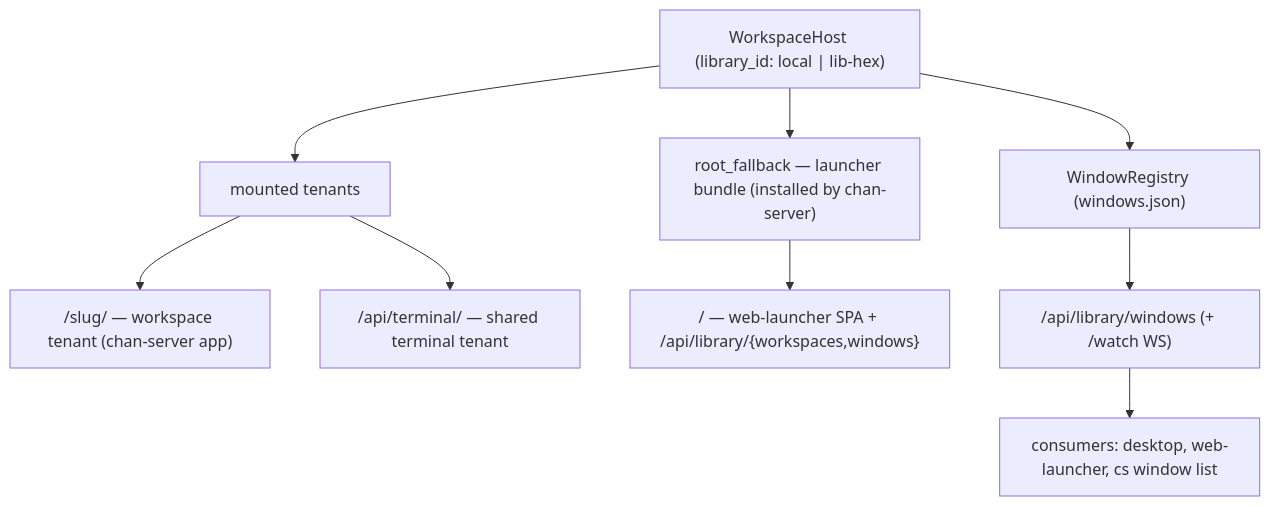
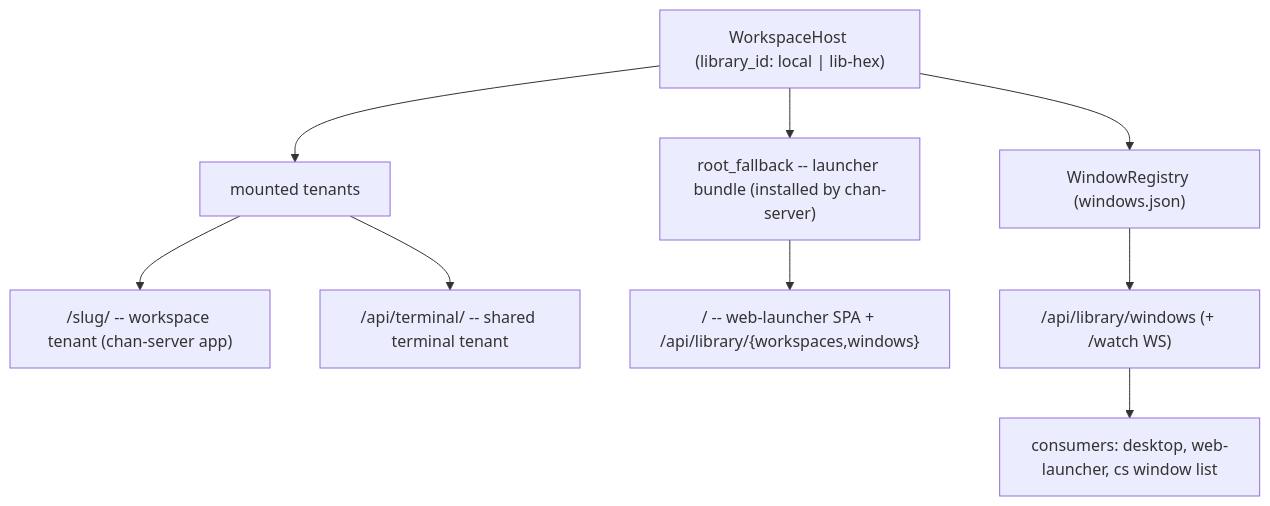
The diagram in crates/chan-library/design.md (likewhatevs/chan), drawn with Mermaid before and after one commit. The commit also changed other lines of this file and 194 other files, not shown here.

````diff
--- a/crates/chan-library/design.md
+++ b/crates/chan-library/design.md
@@ -25,12 +12,12 @@
 ```mermaid
 flowchart TB
   Host["WorkspaceHost (library_id: local | lib-hex)"]
   Host --> Reg["WindowRegistry (windows.json)"]
   Host --> Mounts["mounted tenants"]
-  Host --> Root["root_fallback — launcher bundle (installed by chan-server)"]
-  Mounts --> WsT["/slug/ — workspace tenant (chan-server app)"]
-  Mounts --> TermT["/api/terminal/ — shared terminal tenant"]
-  Root --> Launch["/ — web-launcher SPA + /api/library/{workspaces,windows}"]
+  Host --> Root["root_fallback -- launcher bundle (installed by chan-server)"]
+  Mounts --> WsT["/slug/ -- workspace tenant (chan-server app)"]
+  Mounts --> TermT["/api/terminal/ -- shared terminal tenant"]
+  Root --> Launch["/ -- web-launcher SPA + /api/library/{workspaces,windows}"]
   Reg --> Feed["/api/library/windows (+ /watch WS)"]
   Feed --> Consumers["consumers: desktop, web-launcher, cs window list"]
 ```
````
